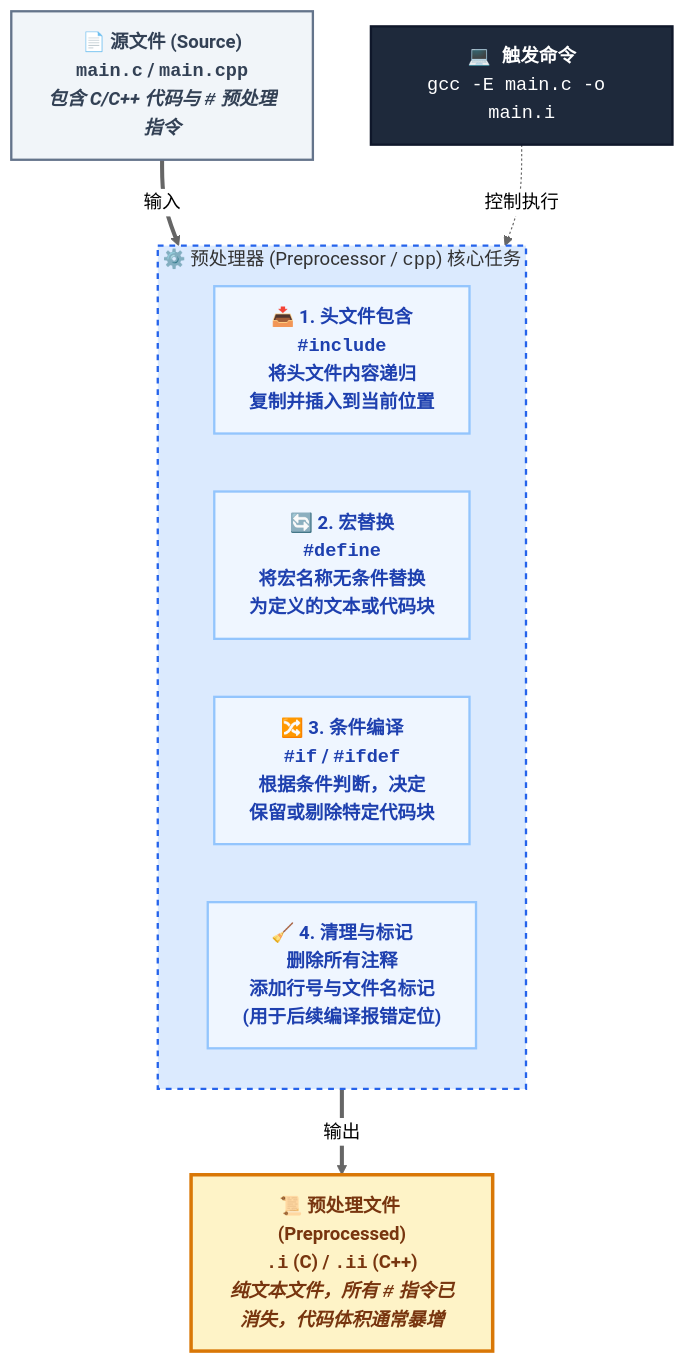
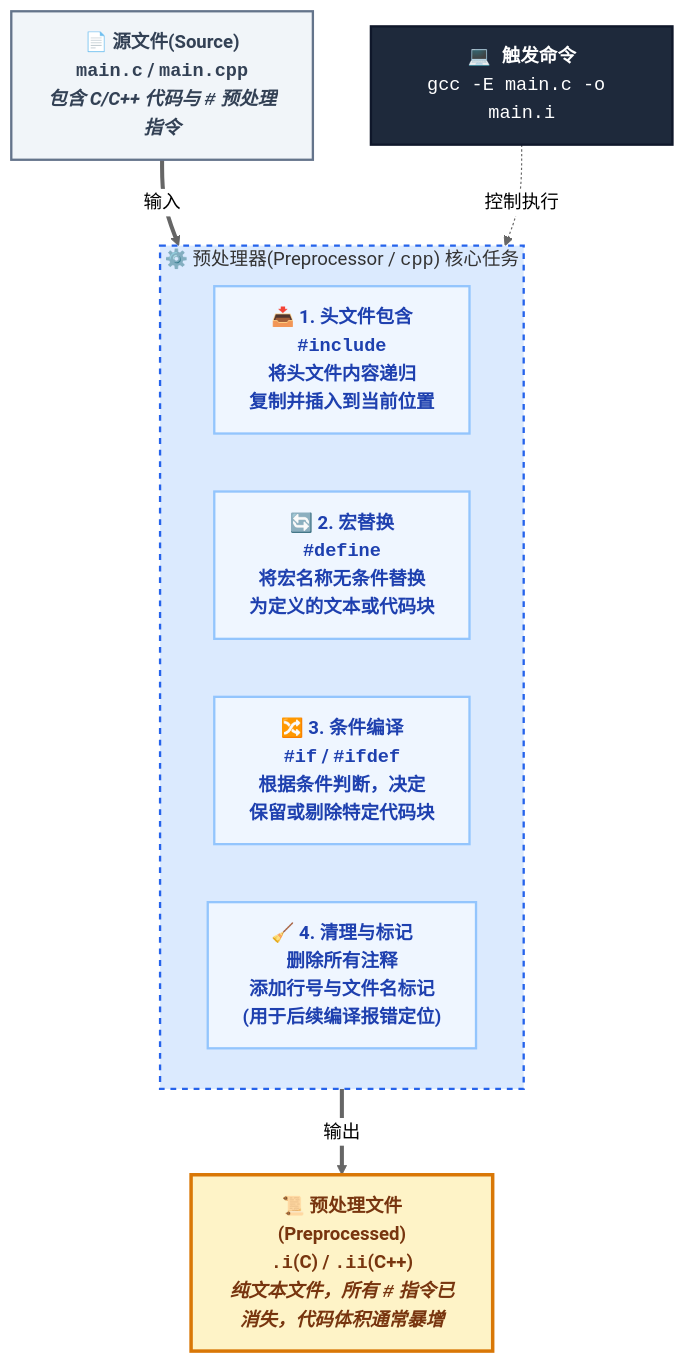
Before and after one commit to dmjcb/dmjcb.github.io: the second of 10 diagrams in _posts/c_c++/compile/2021-06-15-编译过程.md, drawn with Mermaid (neutral theme). The commit also changed other lines of this file and 8 other files, not shown here.

````diff
--- a/_posts/c_c++/compile/2021-06-15-编译过程.md
+++ b/_posts/c_c++/compile/2021-06-15-编译过程.md
@@ -78,37 +78,37 @@
 ```mermaid
 flowchart TD
-    %% 样式定义 (延续前文色彩体系)
+    %% 样式定义(延续前文色彩体系)
     classDef srcFile fill:#f1f5f9,stroke:#64748b,stroke-width:2px,color:#334155,font-weight:bold;
     classDef cppBox fill:#dbeafe,stroke:#2563eb,stroke-width:2px,stroke-dasharray: 5 5;
     classDef taskNode fill:#eff6ff,stroke:#93c5fd,stroke-width:2px,color:#1e40af,font-weight:bold;
     classDef outFile fill:#fef3c7,stroke:#d97706,stroke-width:3px,color:#78350f,font-weight:bold;
     classDef cmdNode fill:#1e293b,stroke:#0f172a,stroke-width:2px,color:#ffffff,font-family:monospace;
 
     %% 节点定义
-    Src["📄 <b>源文件 (Source)</b><br/><code>main.c</code> / <code>main.cpp</code><br/><i>包含 C/C++ 代码与 <code>#</code> 预处理指令</i>"]
+    Src["📄 <b>源文件(Source)</b><br/><code>main.c</code> / <code>main.cpp</code><br/><i>包含 C/C++ 代码与 <code>#</code> 预处理指令</i>"]
 
-    subgraph CPP ["⚙️ 预处理器 (Preprocessor / <code>cpp</code>) 核心任务"]
+    subgraph CPP ["⚙️ 预处理器(Preprocessor / <code>cpp</code>) 核心任务"]
         direction LR
         T1["📥 <b>1. 头文件包含</b><br/><code>#include</code><br/>将头文件内容递归<br/>复制并插入到当前位置"]
         T2["🔄 <b>2. 宏替换</b><br/><code>#define</code><br/>将宏名称无条件替换<br/>为定义的文本或代码块"]
         T3["🔀 <b>3. 条件编译</b><br/><code>#if</code> / <code>#ifdef</code><br/>根据条件判断，决定<br/>保留或剔除特定代码块"]
         T4["🧹 <b>4. 清理与标记</b><br/>删除所有注释<br/>添加行号与文件名标记<br/>(用于后续编译报错定位)"]
     end
 
-    Out["📜 <b>预处理文件 (Preprocessed)</b><br/><code>.i</code> (C) / <code>.ii</code> (C++)<br/><i>纯文本文件，所有 <code>#</code> 指令已消失，代码体积通常暴增</i>"]
+    Out["📜 <b>预处理文件(Preprocessed)</b><br/><code>.i</code>(C) / <code>.ii</code>(C++)<br/><i>纯文本文件，所有 <code>#</code> 指令已消失，代码体积通常暴增</i>"]
     
     Cmd["💻 <b>触发命令</b><br/><code>gcc -E main.c -o main.i</code>"]
 
     %% 连线关系
     Src ==>|"输入"| CPP
     CPP ==>|"输出"| Out
     Cmd -. "控制执行" .-> CPP
 
     %% 应用样式
     class Src srcFile;
     class CPP cppBox;
     class T1,T2,T3,T4 taskNode;
     class Out outFile;
     class Cmd cmdNode;
 
 ```
````
